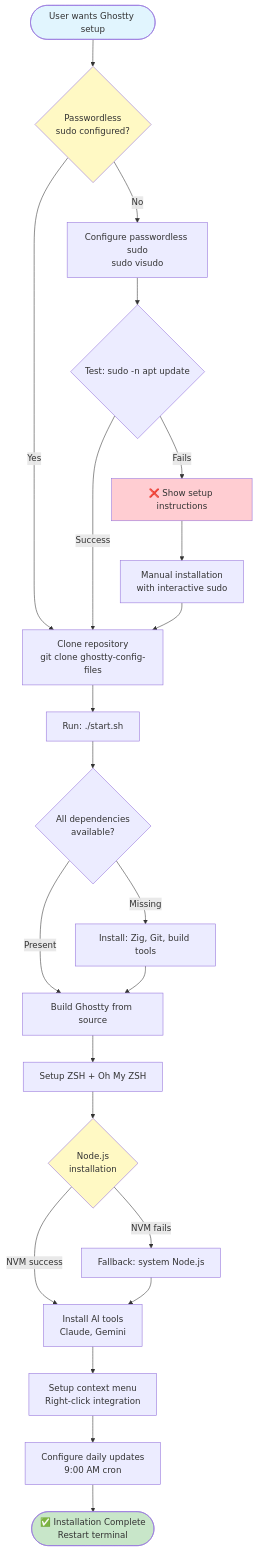
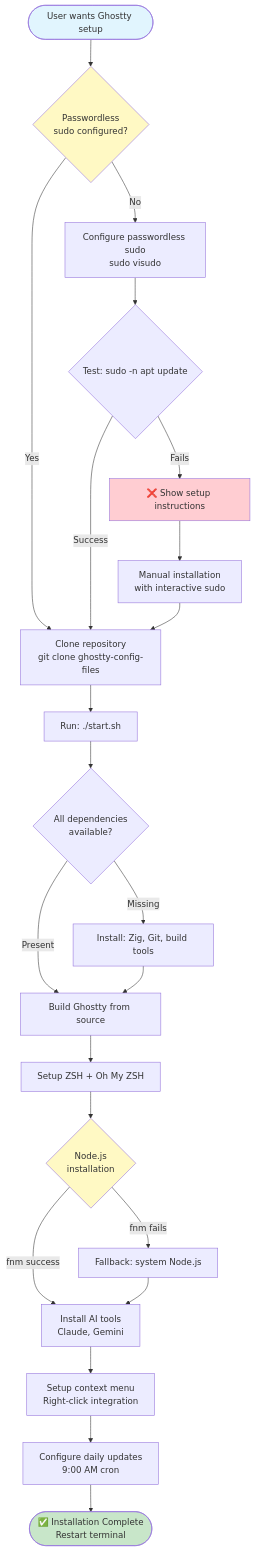
The diagram in README.md (kairin/ghostty-config-files), drawn with Mermaid before and after one commit. The commit also changed other lines of this file, not shown here.

Commit message:
docs: Update README.md to reflect fnm migration
- Change AI Integration description: NVM → fnm (40x faster)
- Update Mermaid diagram: NVM success/fails → fnm success/fails
- Completes documentation sync for NVM to fnm migration

Ref: dd30a37 (NVM to fnm migration)

🤖 Generated with [Claude Code](https://claude.com/claude-code)

````diff
--- a/README.md
+++ b/README.md
@@ -25,37 +25,37 @@
 ```mermaid
 flowchart TD
     Start([User wants Ghostty setup]) --> CheckSudo{Passwordless<br/>sudo configured?}
 
     CheckSudo -->|No| ConfigSudo[Configure passwordless sudo<br/>sudo visudo]
     CheckSudo -->|Yes| CloneRepo[Clone repository<br/>git clone ghostty-config-files]
     ConfigSudo --> TestSudo{Test: sudo -n apt update}
     TestSudo -->|Fails| ShowError[❌ Show setup instructions]
     TestSudo -->|Success| CloneRepo
 
     CloneRepo --> RunInstall[Run: ./start.sh]
     RunInstall --> CheckDeps{All dependencies<br/>available?}
 
     CheckDeps -->|Missing| InstallDeps[Install: Zig, Git, build tools]
     CheckDeps -->|Present| BuildGhostty[Build Ghostty from source]
     InstallDeps --> BuildGhostty
 
     BuildGhostty --> ConfigZsh[Setup ZSH + Oh My ZSH]
     ConfigZsh --> InstallNode{Node.js<br/>installation}
 
-    InstallNode -->|NVM success| InstallAI[Install AI tools<br/>Claude, Gemini]
-    InstallNode -->|NVM fails| SystemNode[Fallback: system Node.js]
+    InstallNode -->|fnm success| InstallAI[Install AI tools<br/>Claude, Gemini]
+    InstallNode -->|fnm fails| SystemNode[Fallback: system Node.js]
     SystemNode --> InstallAI
 
     InstallAI --> ConfigContext[Setup context menu<br/>Right-click integration]
     ConfigContext --> DailyUpdates[Configure daily updates<br/>9:00 AM cron]
     DailyUpdates --> Complete([✅ Installation Complete<br/>Restart terminal])
 
     ShowError --> Manual[Manual installation<br/>with interactive sudo]
     Manual --> CloneRepo
 
     style Start fill:#e1f5fe
     style Complete fill:#c8e6c9
     style ShowError fill:#ffcdd2
     style CheckSudo fill:#fff9c4
     style InstallNode fill:#fff9c4
 ```
````
